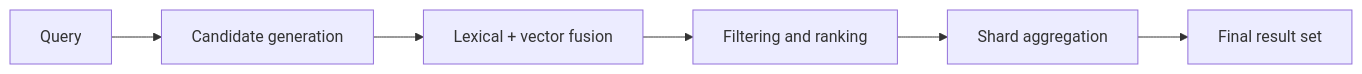
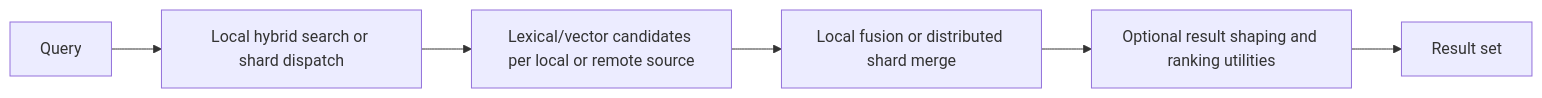
Before and after one commit to makr-code/ThemisDB: the diagram in src/search/FEATURES.md, drawn with Mermaid. The commit also changed other lines of this file and 31 other files, not shown here.

Commit message:
docs(search): sync module documentation with source

````diff
--- a/src/search/FEATURES.md
+++ b/src/search/FEATURES.md
@@ -22,8 +42,8 @@
 ```mermaid
 flowchart LR
-    A[Query] --> B[Candidate generation]
-    B --> C[Lexical + vector fusion]
-    C --> D[Filtering and ranking]
-    D --> E[Shard aggregation]
-    E --> F[Final result set]
+    A[Query] --> B[Local hybrid search or shard dispatch]
+    B --> C[Lexical/vector candidates per local or remote source]
+    C --> D[Local fusion or distributed shard merge]
+    D --> E[Optional result shaping and ranking utilities]
+    E --> F[Result set]
 ```
````
